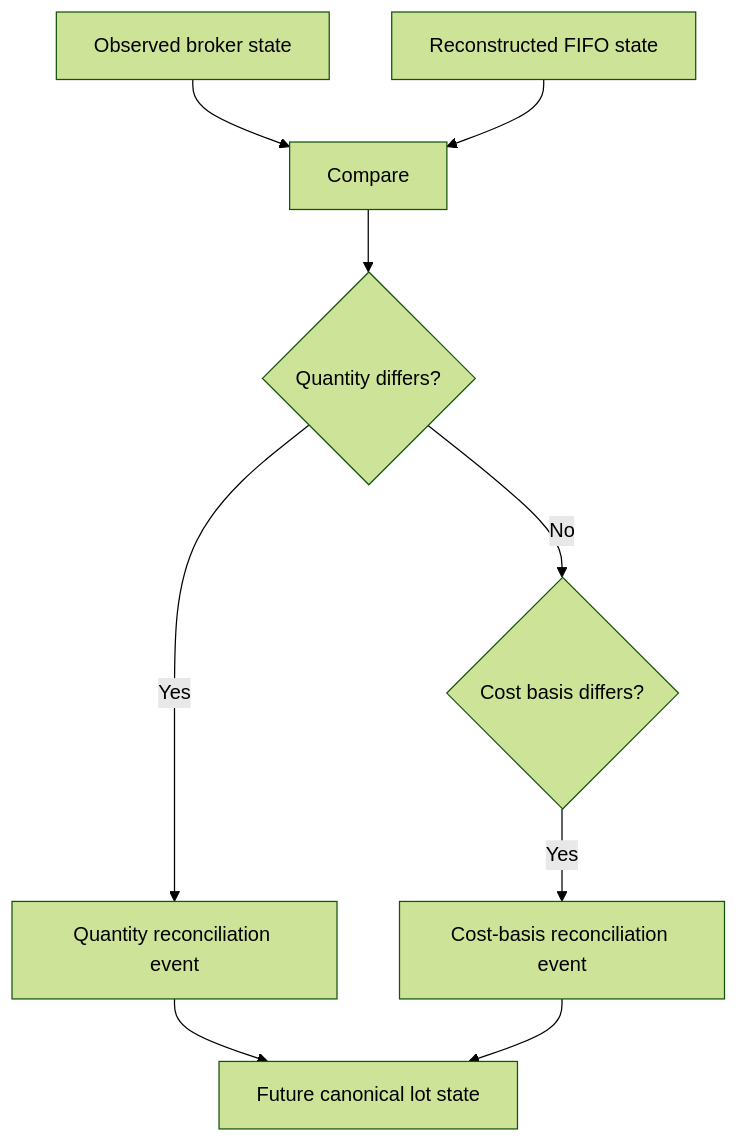
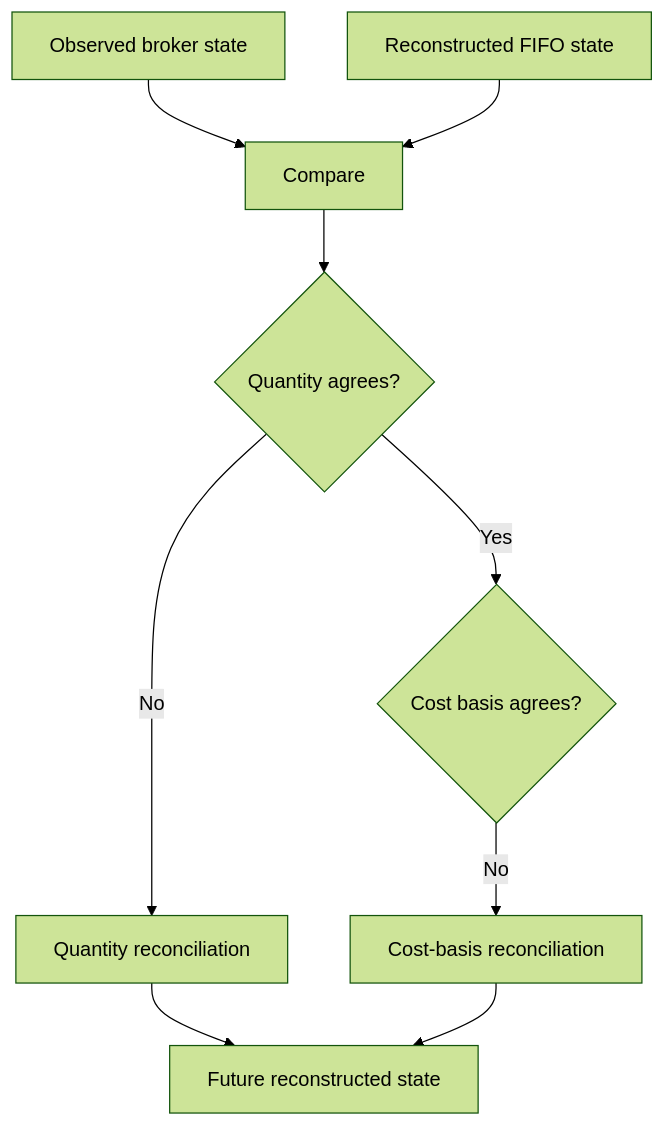
Before and after one commit to tks18/personal-finance-etl: diagram 14 of 31 in README.md, drawn with Mermaid (forest theme). The commit also changed other lines of this file, not shown here.

````diff
--- a/README.md
+++ b/README.md
@@ -304,11 +476,11 @@
 ```mermaid
 flowchart TB
     OBS["Observed broker state"] --> CMP["Compare"]
     REC["Reconstructed FIFO state"] --> CMP
-    CMP --> Q{"Quantity differs?"}
-    Q -->|Yes| QE["Quantity reconciliation event"]
-    Q -->|No| C{"Cost basis differs?"}
-    C -->|Yes| CE["Cost-basis reconciliation event"]
-    QE --> FUT["Future canonical lot state"]
+    CMP --> Q{"Quantity agrees?"}
+    Q -->|No| QE["Quantity reconciliation"]
+    Q -->|Yes| C{"Cost basis agrees?"}
+    C -->|No| CE["Cost-basis reconciliation"]
+    QE --> FUT["Future reconstructed state"]
     CE --> FUT
 ```
````
